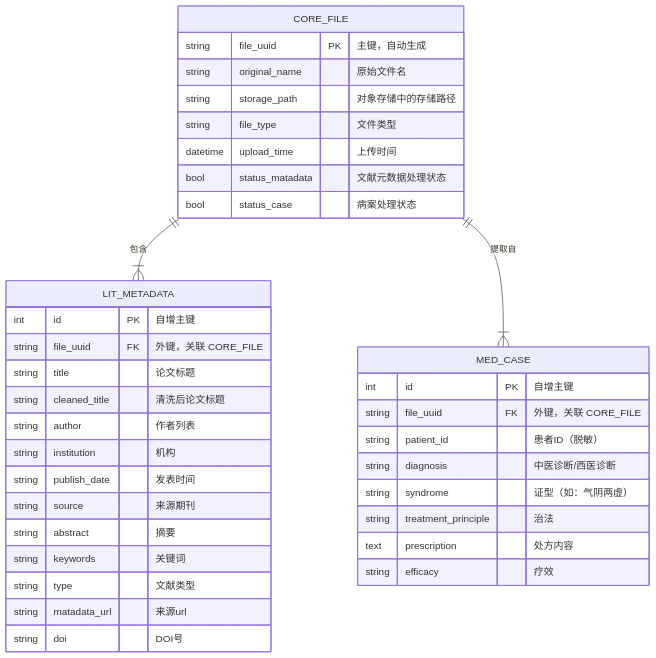
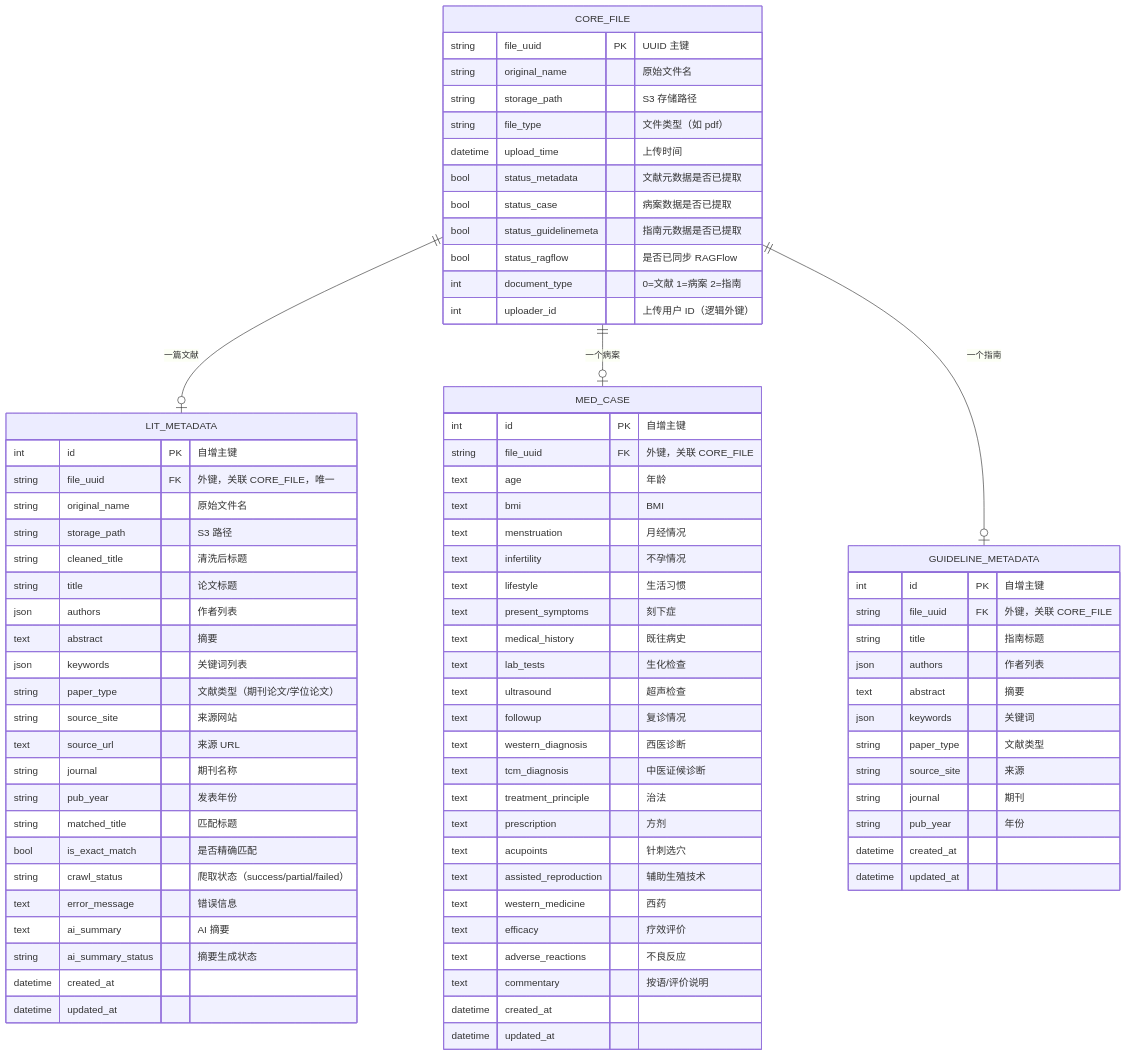
Before and after one commit to jiangbo1209/Tcm-agent: the fifth of 6 diagrams in README.md, drawn with Mermaid. The commit also changed other lines of this file and 2 other files, not shown here.

````diff
--- a/README.md
+++ b/README.md
@@ -203,56 +337,88 @@
 ```mermaid
 erDiagram
 
-    %% 1. 文件核心表：对象存储路径映射
     CORE_FILE {
-        string file_uuid PK "主键，自动生成"
+        string file_uuid PK "UUID 主键"
         string original_name "原始文件名"
-        string storage_path "对象存储中的存储路径"
-        string file_type "文件类型"
-        datetime upload_time "上传时间"
-        bool status_matadata "文献元数据处理状态"
-        bool status_case "病案处理状态"
-    }
+        string storage_path "S3 存储路径"
+        string file_type "文件类型（如 pdf）"
+        datetime upload_time "上传时间"
+        bool status_metadata "文献元数据是否已提取"
+        bool status_case "病案数据是否已提取"
+        bool status_guidelinemeta "指南元数据是否已提取"
+        bool status_ragflow "是否已同步 RAGFlow"
+        int document_type "0=文献 1=病案 2=指南"
+        int uploader_id "上传用户 ID（逻辑外键）"
+    }
 
-    %% 2. 文献元数据表：爬虫数据
+    LIT_METADATA {
+        int id PK "自增主键"
+        string file_uuid FK "外键，关联 CORE_FILE，唯一"
+        string original_name "原始文件名"
+        string storage_path "S3 路径"
+        string cleaned_title "清洗后标题"
+        string title "论文标题"
+        json authors "作者列表"
+        text abstract "摘要"
+        json keywords "关键词列表"
+        string paper_type "文献类型（期刊论文/学位论文）"
+        string source_site "来源网站"
+        text source_url "来源 URL"
+        string journal "期刊名称"
+        string pub_year "发表年份"
+        string matched_title "匹配标题"
+        bool is_exact_match "是否精确匹配"
+        string crawl_status "爬取状态（success/partial/failed）"
+        text error_message "错误信息"
+        text ai_summary "AI 摘要"
+        string ai_summary_status "摘要生成状态"
+        datetime created_at
+        datetime updated_at
+    }
 
-    LIT_METADATA {
-        int id PK "自增主键"
-        string file_uuid FK "外键，关联 CORE_FILE"
-        string title "论文标题"
-        string cleaned_title "清洗后论文标题"
-        string author "作者列表"
-        string institution "机构"
-        string publish_date "发表时间"
-        string source "来源期刊"
-        string abstract "摘要"
-        string keywords "关键词"
-        string type "文献类型"
-        string matadata_url "来源url"
-        string doi "DOI号"
+    MED_CASE {
+        int id PK "自增主键"
+        string file_uuid FK "外键，关联 CORE_FILE"
+        text age "年龄"
+        text bmi "BMI"
+        text menstruation "月经情况"
+        text infertility "不孕情况"
+        text lifestyle "生活习惯"
+        text present_symptoms "刻下症"
+        text medical_history "既往病史"
+        text lab_tests "生化检查"
+        text ultrasound "超声检查"
+        text followup "复诊情况"
+        text western_diagnosis "西医诊断"
+        text tcm_diagnosis "中医证候诊断"
+        text treatment_principle "治法"
+        text prescription "方剂"
+        text acupoints "针刺选穴"
+        text assisted_reproduction "辅助生殖技术"
+        text western_medicine "西药"
+        text efficacy "疗效评价"
+        text adverse_reactions "不良反应"
+        text commentary "按语/评价说明"
+        datetime created_at
+        datetime updated_at
+    }
 
-    }
+    GUIDELINE_METADATA {
+        int id PK "自增主键"
+        string file_uuid FK "外键，关联 CORE_FILE"
+        string title "指南标题"
+        json authors "作者列表"
+        text abstract "摘要"
+        json keywords "关键词"
+        string paper_type "文献类型"
+        string source_site "来源"
+        string journal "期刊"
+        string pub_year "年份"
+        datetime created_at
+        datetime updated_at
+    }
 
-  
-
-    %% 3. 病例记录表：大模型提取的核心数据
-
-    MED_CASE {
-        int id PK "自增主键"
-        string file_uuid FK "外键，关联 CORE_FILE"
-        string patient_id "患者ID（脱敏）"
-        string diagnosis "中医诊断/西医诊断"
-        string syndrome "证型（如：气阴两虚）"
-        string treatment_principle "治法"
-        text prescription "处方内容"
-        string efficacy "疗效"
-
-    }
-
-    
-    
-    %% 关系定义
-    CORE_FILE ||--|{ LIT_METADATA : "包含"
-    CORE_FILE ||--|{ MED_CASE : "提取自"
-
+    CORE_FILE ||--o| LIT_METADATA : "一篇文献"
+    CORE_FILE ||--o| MED_CASE : "一个病案"
+    CORE_FILE ||--o| GUIDELINE_METADATA : "一个指南"
 ```
````
